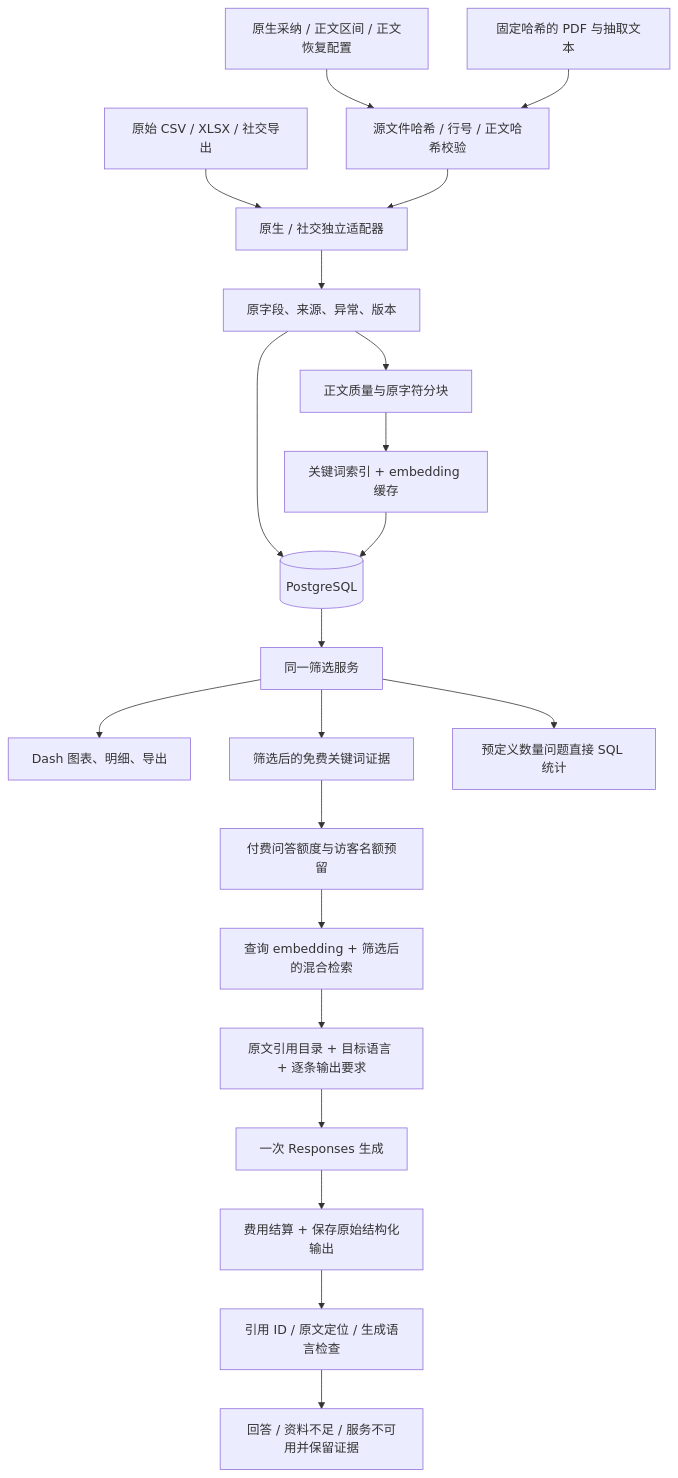
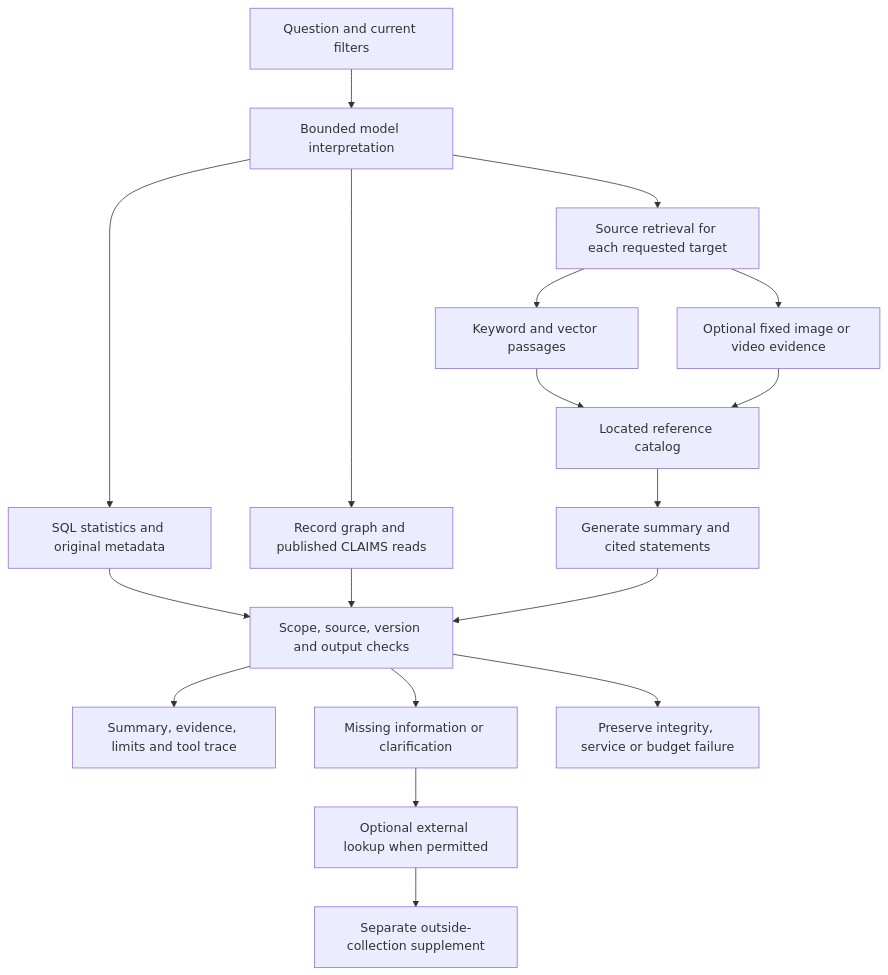
Before and after one commit to yaobc77-ai/ciss-advertising-observatory: the second of 3 diagrams in docs/architecture.md, drawn with Mermaid. The commit also changed other lines of this file and 16 other files, not shown here.

````diff
--- a/docs/architecture.md
+++ b/docs/architecture.md
@@ -7,23 +47,20 @@
 ```mermaid
 flowchart TD
-    A[原始 CSV / XLSX / 社交导出] --> B[原生 / 社交独立适配器]
-    M[原生采纳 / 正文区间 / 正文恢复配置] --> V[源文件哈希 / 行号 / 正文哈希校验]
-    P[固定哈希的 PDF 与抽取文本] --> V
-    V --> B
-    B --> C[原字段、来源、异常、版本]
-    C --> D[(PostgreSQL)]
-    D --> E[同一筛选服务]
-    E --> F[Dash 图表、明细、导出]
-    C --> G[正文质量与原字符分块]
-    G --> H[关键词索引 + embedding 缓存]
-    H --> D
-    E --> I[筛选后的免费关键词证据]
-    I --> J[付费问答额度与访客名额预留]
-    J --> Q[查询 embedding + 筛选后的混合检索]
-    Q --> S[原文引用目录 + 目标语言 + 逐条输出要求]
-    S --> R[一次 Responses 生成]
-    R --> U[费用结算 + 保存原始结构化输出]
-    U --> K[引用 ID / 原文定位 / 生成语言检查]
-    K --> L[回答 / 资料不足 / 服务不可用并保留证据]
-    E --> N[预定义数量问题直接 SQL 统计]
+    Q[Question and current filters] --> P[Bounded model interpretation]
+    P --> S[SQL statistics and original metadata]
+    P --> G[Record graph and published CLAIMS reads]
+    P --> R[Source retrieval for each requested target]
+    R --> H[Keyword and vector passages]
+    R --> M[Optional fixed image or video evidence]
+    H --> C[Located reference catalog]
+    M --> C
+    C --> L[Generate summary and cited statements]
+    S --> V[Scope, source, version and output checks]
+    G --> V
+    L --> V
+    V --> A[Summary, evidence, limits and tool trace]
+    V --> U[Missing information or clarification]
+    U --> W[Optional external lookup when permitted]
+    W --> X[Separate outside-collection supplement]
+    V --> F[Preserve integrity, service or budget failure]
 ```
````
